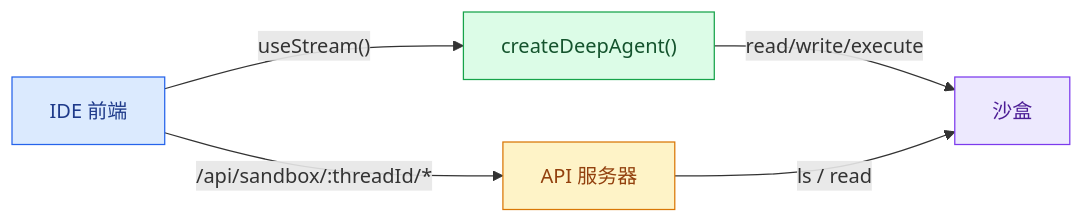
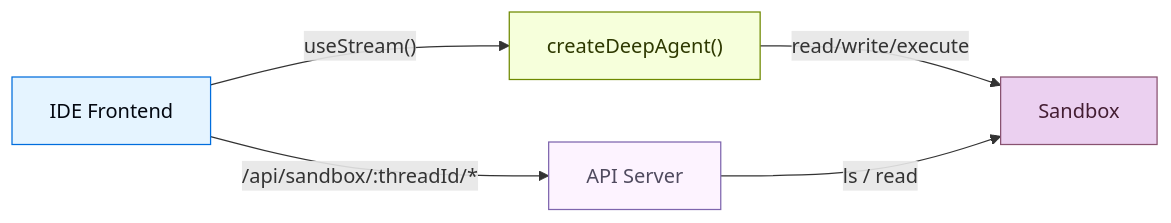
Before and after one commit to kunfan96/cndocs-langchain: the first of 2 diagrams in oss/python/deepagents/frontend/sandbox.mdx, drawn with Mermaid. The commit also changed other lines of this file and 2538 other files, not shown here.

````diff
--- a/oss/python/deepagents/frontend/sandbox.mdx
+++ b/oss/python/deepagents/frontend/sandbox.mdx
@@ -32,29 +35,29 @@
 ```mermaid
 %%{
   init: {
     "fontFamily": "monospace",
     "flowchart": {
       "curve": "curve"
     }
   }
 }%%
 graph LR
-  UI["IDE 前端"]
-  API["API 服务器"]
+  UI["IDE Frontend"]
+  API["API Server"]
   AGENT["createDeepAgent()"]
-  SANDBOX["沙盒"]
+  SANDBOX["Sandbox"]
 
   UI --"useStream()"--> AGENT
   UI --"/api/sandbox/:threadId/*"--> API
   AGENT --"read/write/execute"--> SANDBOX
   API --"ls / read"--> SANDBOX
 
-  classDef blueHighlight fill:#DBEAFE,stroke:#2563EB,color:#1E3A8A;
-  classDef greenHighlight fill:#DCFCE7,stroke:#16A34A,color:#14532D;
-  classDef purpleHighlight fill:#EDE9FE,stroke:#7C3AED,color:#4C1D95;
-  classDef orangeHighlight fill:#FEF3C7,stroke:#D97706,color:#92400E;
+  classDef blueHighlight fill:#E5F4FF,stroke:#006DDD,color:#030710;
+  classDef greenHighlight fill:#F6FFDB,stroke:#6E8900,color:#2E3900;
+  classDef purpleHighlight fill:#EBD0F0,stroke:#885270,color:#441E33;
+  classDef orangeHighlight fill:#FDF3FF,stroke:#7E65AE,color:#504B5F;
   class UI blueHighlight;
   class AGENT greenHighlight;
   class SANDBOX purpleHighlight;
   class API orangeHighlight;
 ```
````
